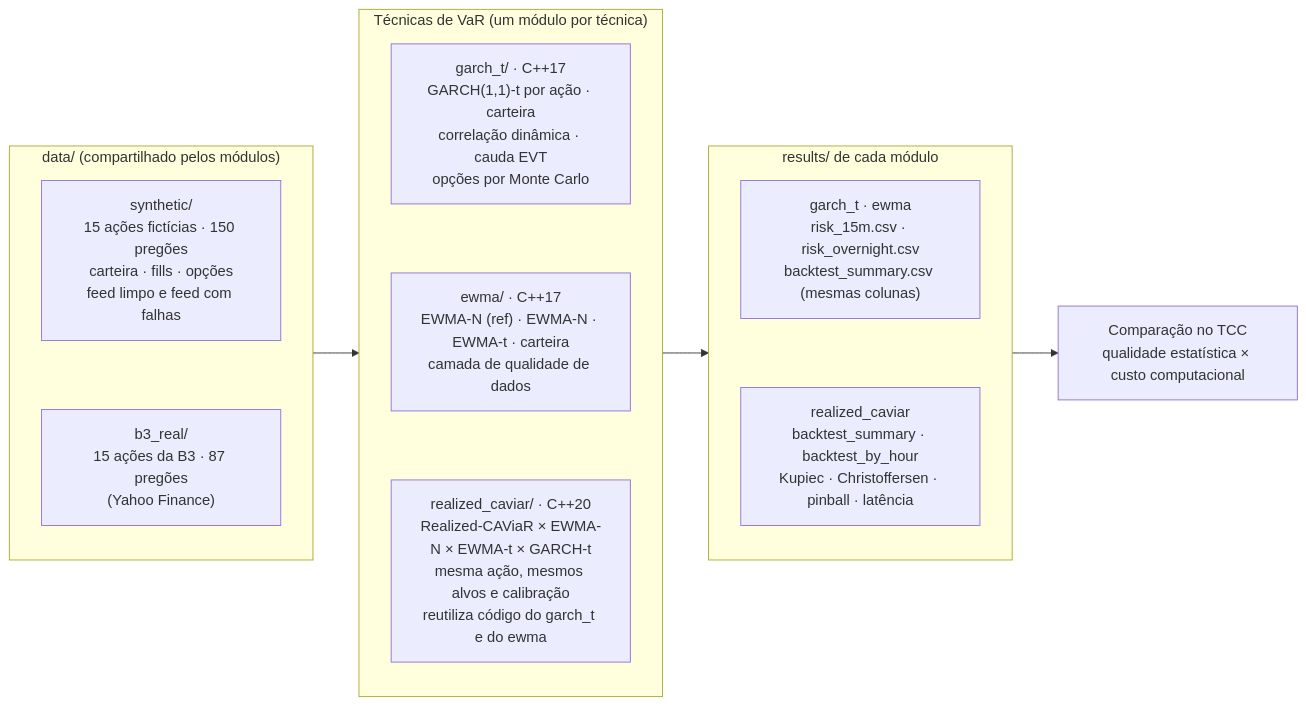
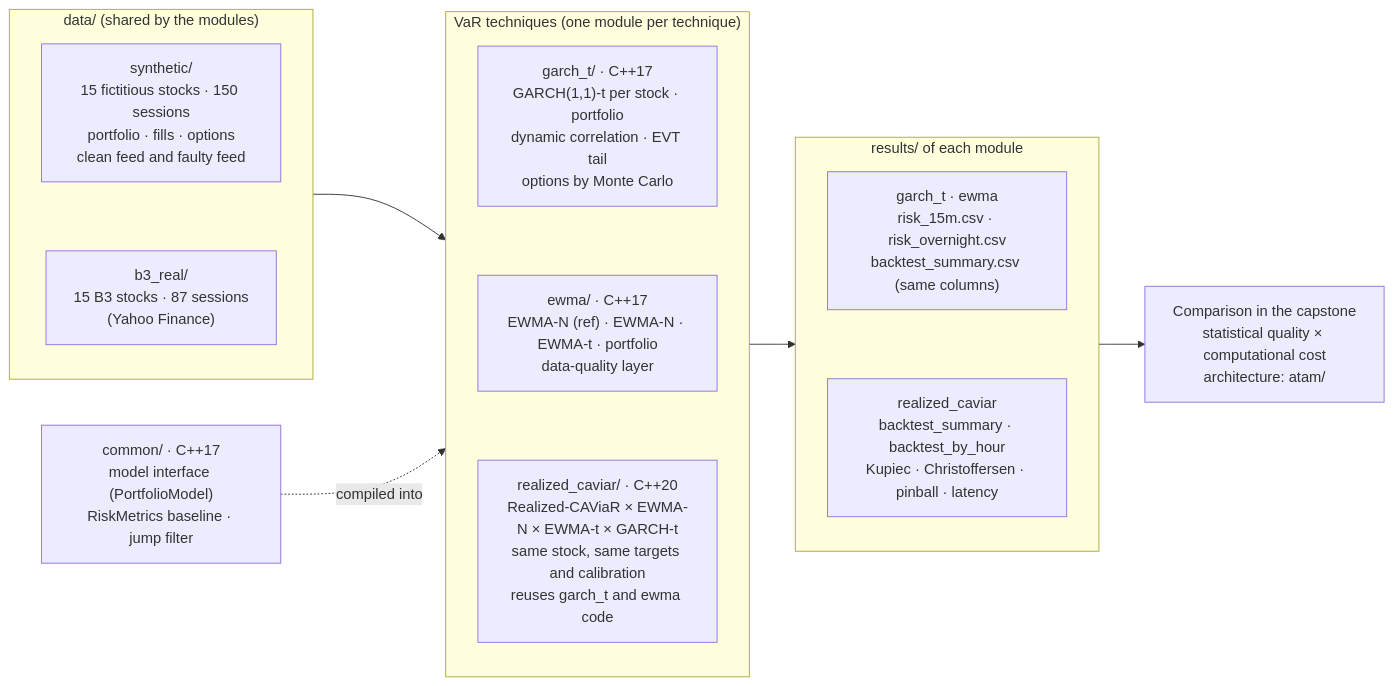
Before and after one commit to gustavoscardino/intraday-risk-engine: the first of 6 diagrams in architecture/README.md, drawn with Mermaid. The commit also changed other lines of this file and 97 other files, not shown here.

First line of the commit message:
Documentation and results for the shared library and the second ATAM round

````diff
--- a/architecture/README.md
+++ b/architecture/README.md
@@ -32,28 +26,31 @@
 ```mermaid
 flowchart LR
-    subgraph Dados["data/ (compartilhado pelos módulos)"]
+    subgraph Data["data/ (shared by the modules)"]
         direction TB
-        SY["synthetic/<br/>15 ações fictícias · 150 pregões<br/>carteira · fills · opções<br/>feed limpo e feed com falhas"]
-        B3["b3_real/<br/>15 ações da B3 · 87 pregões<br/>(Yahoo Finance)"]
+        SY["synthetic/<br/>15 fictitious stocks · 150 sessions<br/>portfolio · fills · options<br/>clean feed and faulty feed"]
+        B3["b3_real/<br/>15 B3 stocks · 87 sessions<br/>(Yahoo Finance)"]
         SY ~~~ B3
     end
 
-    subgraph Tecnicas["Técnicas de VaR (um módulo por técnica)"]
+    subgraph Engines["VaR techniques (one module per technique)"]
         direction TB
-        GT["garch_t/ · C++17<br/>GARCH(1,1)-t por ação · carteira<br/>correlação dinâmica · cauda EVT<br/>opções por Monte Carlo"]
-        EW["ewma/ · C++17<br/>EWMA-N (ref) · EWMA-N · EWMA-t · carteira<br/>camada de qualidade de dados"]
-        RC["realized_caviar/ · C++20<br/>Realized-CAViaR × EWMA-N × EWMA-t × GARCH-t<br/>mesma ação, mesmos alvos e calibração<br/>reutiliza código do garch_t e do ewma"]
+        GT["garch_t/ · C++17<br/>GARCH(1,1)-t per stock · portfolio<br/>dynamic correlation · EVT tail<br/>options by Monte Carlo"]
+        EW["ewma/ · C++17<br/>EWMA-N (ref) · EWMA-N · EWMA-t · portfolio<br/>data-quality layer"]
+        RC["realized_caviar/ · C++20<br/>Realized-CAViaR × EWMA-N × EWMA-t × GARCH-t<br/>same stock, same targets and calibration<br/>reuses garch_t and ewma code"]
         GT ~~~ EW ~~~ RC
     end
 
-    subgraph Resultados["results/ de cada módulo"]
+    CO["common/ · C++17<br/>model interface (PortfolioModel)<br/>RiskMetrics baseline · jump filter"]
+
+    subgraph Results["results/ of each module"]
         direction TB
-        RS["garch_t · ewma<br/>risk_15m.csv · risk_overnight.csv<br/>backtest_summary.csv (mesmas colunas)"]
-        BS["realized_caviar<br/>backtest_summary · backtest_by_hour<br/>Kupiec · Christoffersen · pinball · latência"]
+        RS["garch_t · ewma<br/>risk_15m.csv · risk_overnight.csv<br/>backtest_summary.csv (same columns)"]
+        BS["realized_caviar<br/>backtest_summary · backtest_by_hour<br/>Kupiec · Christoffersen · pinball · latency"]
         RS ~~~ BS
     end
 
-    CMP["Comparação no TCC<br/>qualidade estatística × custo computacional"]
+    CMP["Comparison in the capstone<br/>statistical quality × computational cost<br/>architecture: atam/"]
 
-    Dados --> Tecnicas --> Resultados --> CMP
+    Data --> Engines --> Results --> CMP
+    CO -. compiled into .-> Engines
 ```
````
